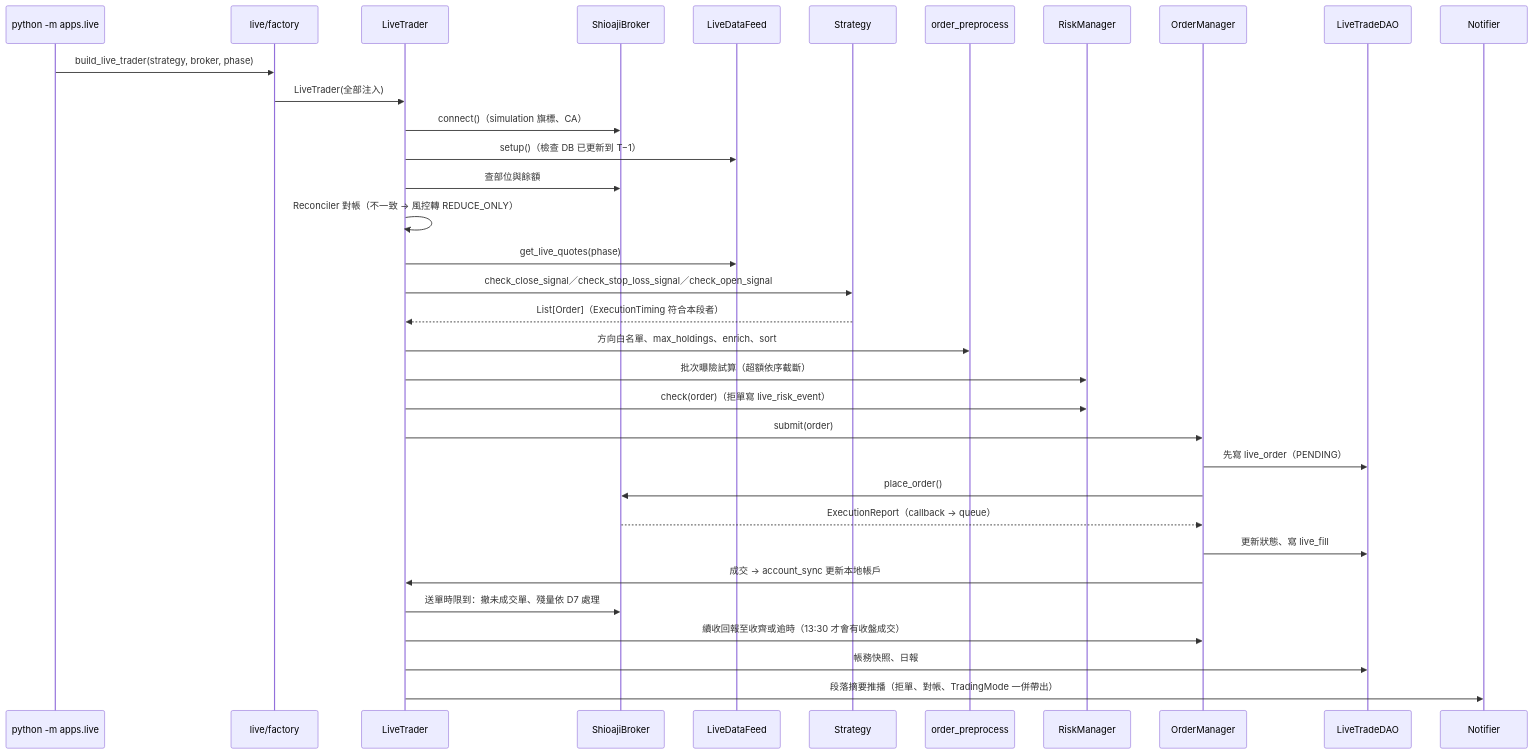
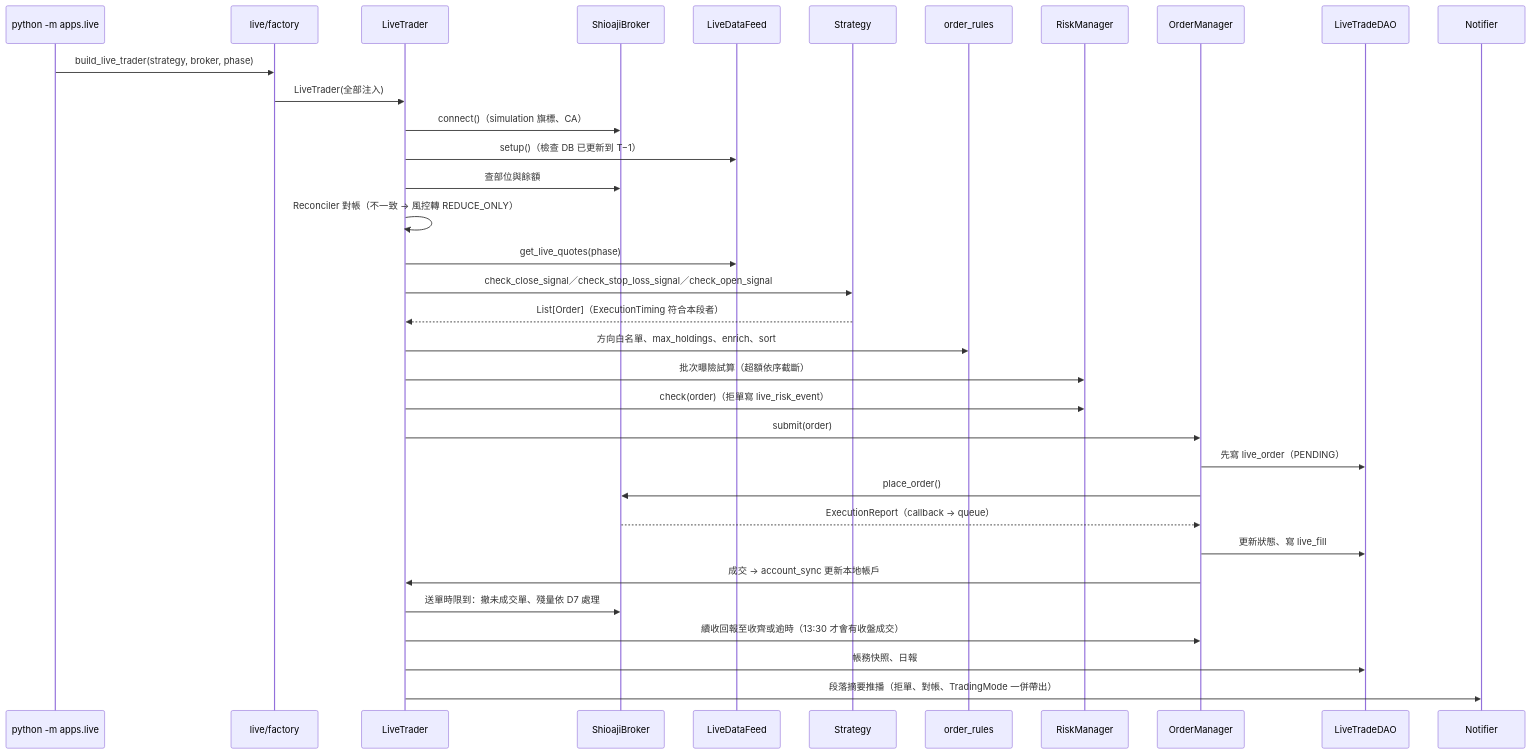
Before and after one commit to NYFund/alphaedge: the diagram in backlog/實盤下單架構規劃.md, drawn with Mermaid. The commit also changed other lines of this file and 13 other files, not shown here.

````diff
--- a/backlog/實盤下單架構規劃.md
+++ b/backlog/實盤下單架構規劃.md
@@ -368,37 +352,37 @@
 ```mermaid
 sequenceDiagram
     participant CLI as python -m apps.live
     participant F as live/factory
     participant T as LiveTrader
     participant B as ShioajiBroker
     participant Feed as LiveDataFeed
     participant S as Strategy
-    participant Pre as order_preprocess
+    participant Pre as order_rules
     participant R as RiskManager
     participant O as OrderManager
     participant DB as LiveTradeDAO
     participant N as Notifier
 
     CLI->>F: build_live_trader(strategy, broker, phase)
     F->>T: LiveTrader(全部注入)
     T->>B: connect()（simulation 旗標、CA）
     T->>Feed: setup()（檢查 DB 已更新到 T−1）
     T->>B: 查部位與餘額
     T->>T: Reconciler 對帳（不一致 → 風控轉 REDUCE_ONLY）
     T->>Feed: get_live_quotes(phase)
     T->>S: check_close_signal／check_stop_loss_signal／check_open_signal
     S-->>T: List[Order]（ExecutionTiming 符合本段者）
     T->>Pre: 方向白名單、max_holdings、enrich、sort
     T->>R: 批次曝險試算（超額依序截斷）
     T->>R: check(order)（拒單寫 live_risk_event）
     T->>O: submit(order)
     O->>DB: 先寫 live_order（PENDING）
     O->>B: place_order()
     B-->>O: ExecutionReport（callback → queue）
     O->>DB: 更新狀態、寫 live_fill
     O->>T: 成交 → account_sync 更新本地帳戶
     T->>B: 送單時限到：撤未成交單、殘量依 D7 處理
     T->>O: 續收回報至收齊或逾時（13:30 才會有收盤成交）
     T->>DB: 帳務快照、日報
     T->>N: 段落摘要推播（拒單、對帳、TradingMode 一併帶出）
 ```
````
